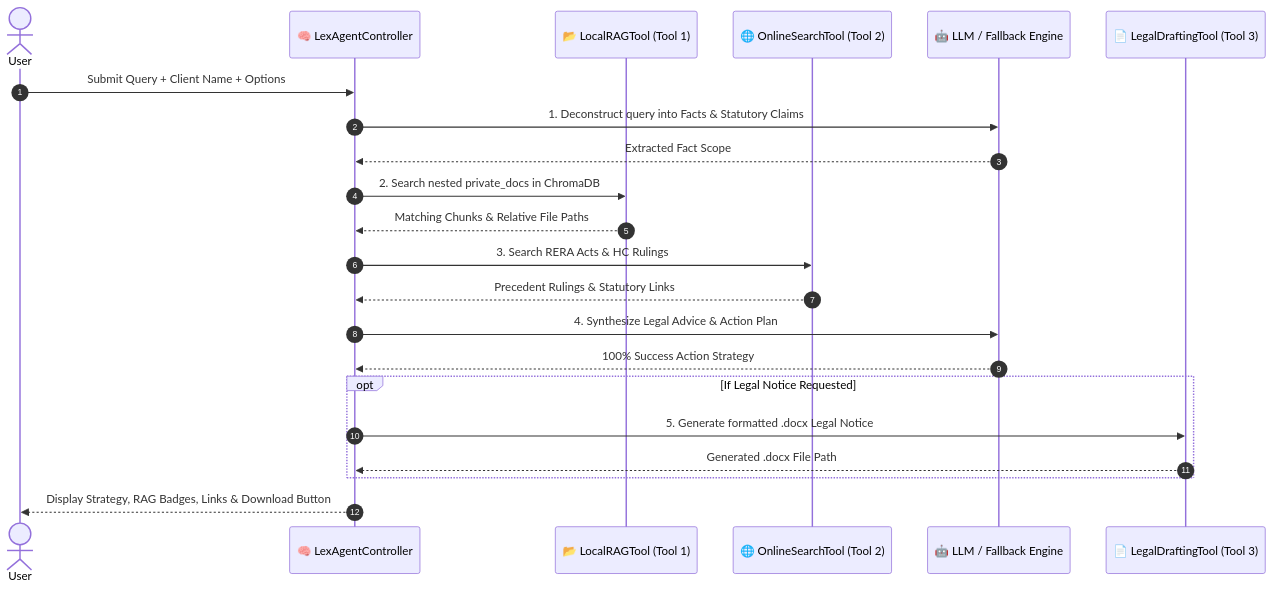
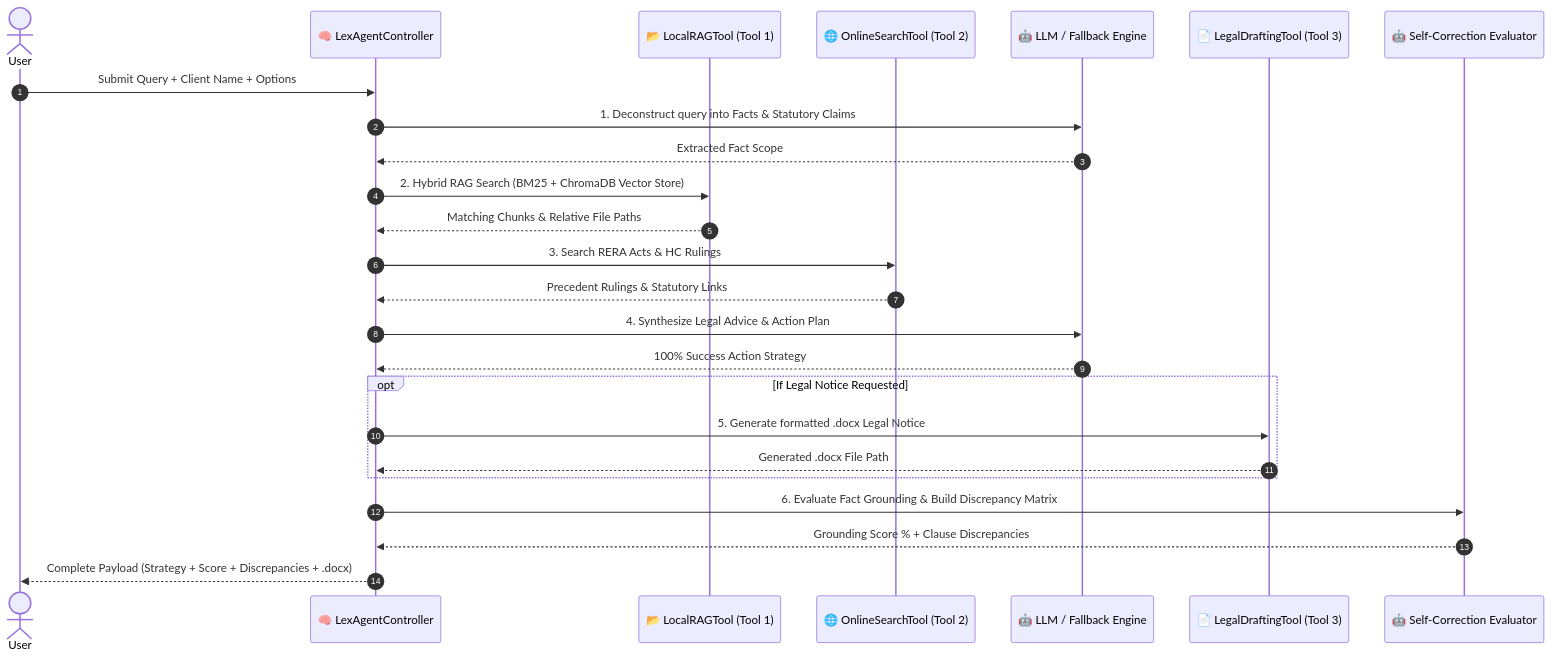
Before and after one commit to prashantkvind/LexAgent: the second of 4 diagrams in docs/ARCHITECTURE_AND_DESIGN.md, drawn with Mermaid. The commit also changed other lines of this file and 6 other files, not shown here.

Commit message:
Implement Step 6 Agentic Self-Correction, Grounding Verification Score, Discrepancy Matrix Analyzer, and Hybrid RAG Search

````diff
--- a/docs/ARCHITECTURE_AND_DESIGN.md
+++ b/docs/ARCHITECTURE_AND_DESIGN.md
@@ -49,25 +49,28 @@
 ```mermaid
 sequenceDiagram
     autonumber
     actor User
     participant Controller as 🧠 LexAgentController
     participant RAG as 📂 LocalRAGTool (Tool 1)
     participant Search as 🌐 OnlineSearchTool (Tool 2)
     participant LLM as 🤖 LLM / Fallback Engine
     participant Drafter as 📄 LegalDraftingTool (Tool 3)
+    participant Evaluator as 🤖 Self-Correction Evaluator
 
     User->>Controller: Submit Query + Client Name + Options
     Controller->>LLM: 1. Deconstruct query into Facts & Statutory Claims
     LLM-->>Controller: Extracted Fact Scope
-    Controller->>RAG: 2. Search nested private_docs in ChromaDB
+    Controller->>RAG: 2. Hybrid RAG Search (BM25 + ChromaDB Vector Store)
     RAG-->>Controller: Matching Chunks & Relative File Paths
     Controller->>Search: 3. Search RERA Acts & HC Rulings
     Search-->>Controller: Precedent Rulings & Statutory Links
     Controller->>LLM: 4. Synthesize Legal Advice & Action Plan
     LLM-->>Controller: 100% Success Action Strategy
     opt If Legal Notice Requested
         Controller->>Drafter: 5. Generate formatted .docx Legal Notice
         Drafter-->>Controller: Generated .docx File Path
     end
-    Controller-->>User: Display Strategy, RAG Badges, Links & Download Button
+    Controller->>Evaluator: 6. Evaluate Fact Grounding & Build Discrepancy Matrix
+    Evaluator-->>Controller: Grounding Score % + Clause Discrepancies
+    Controller-->>User: Complete Payload (Strategy + Score + Discrepancies + .docx)
 ```
````
